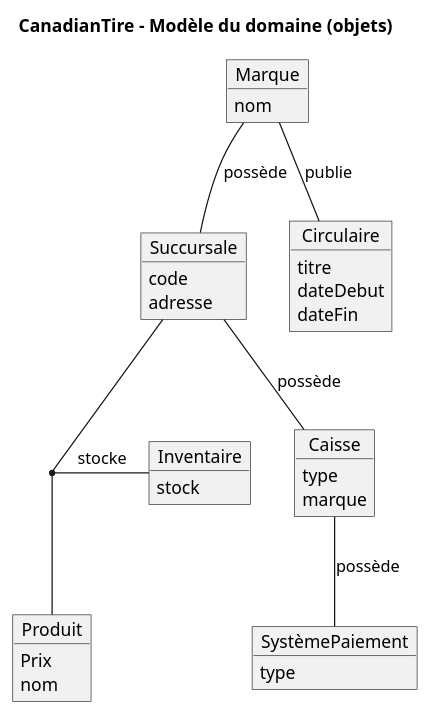
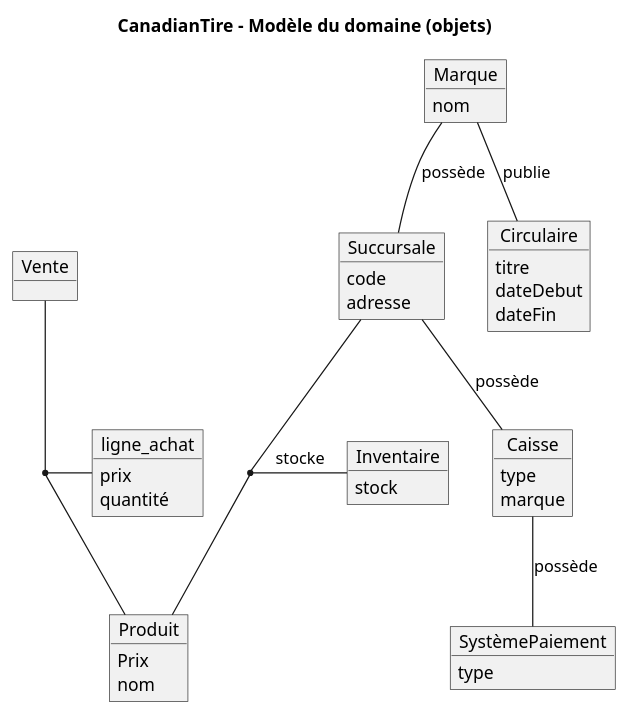
One commit to PapaSam0/1SY-AnalyseObjet changed the diagram in Exercices03/question07.wsd. Above: the diagram before and after it, drawn with PlantUML. The commit also changed 8 other files, not shown here.

```diff
--- a/Exercices03/question07.wsd
+++ b/Exercices03/question07.wsd
@@ -1,57 +1,62 @@
 @startuml CanadianTire
 title CanadianTire – Modèle du domaine (objets)
 
 object Marque {
   nom 
 }
 
 object Succursale {
   code
   adresse
 }
 
 object Produit {
   Prix
   nom
 }
 
 object Inventaire {
   stock
 }
 
 object Circulaire {
   titre
   dateDebut
   dateFin
 }
 
 object Caisse{
     type
     marque
 }
 
 object SystèmePaiement{
     type
 }
 
+object Vente 
+object ligne_achat{
+    prix
+    quantité
+}
+
 
 /'Succursale -- Caisse : possède
 Employes -- Caisse : opère
 
 
 Magasin -- Succursale : possede
 Magasin -- Circulaire : publie
 
 (Succursale, Produit) -- Inventaire : stocke
 Circulaire -- Produit : annonce'/
 
 Marque -- Succursale : possède
 (Succursale, Produit) -- Inventaire : stocke
 Marque -- Circulaire : publie
 Succursale -- Caisse : possède
 Caisse -- SystèmePaiement : possède
 
-
-
+(Vente, Produit) -- ligne_achat
 
 @enduml
```
